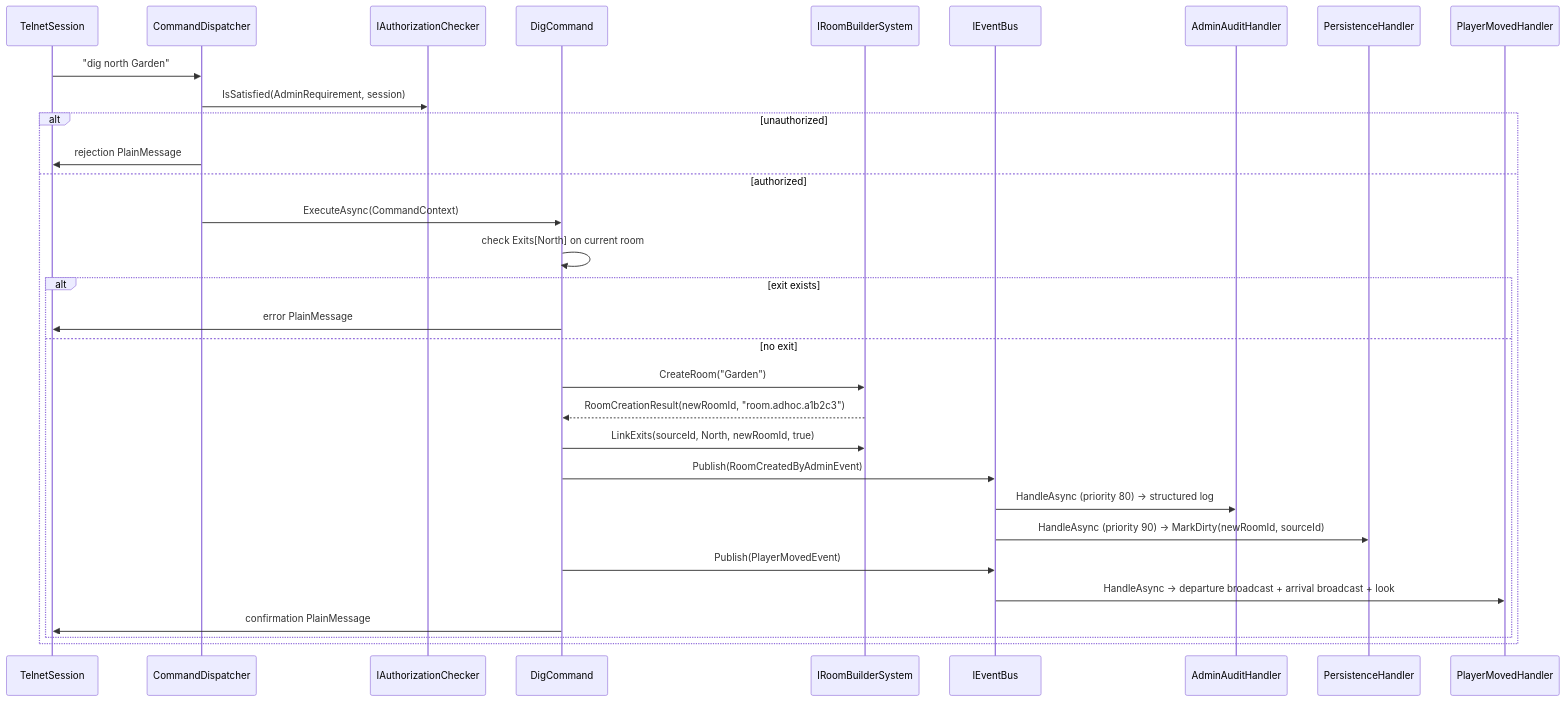
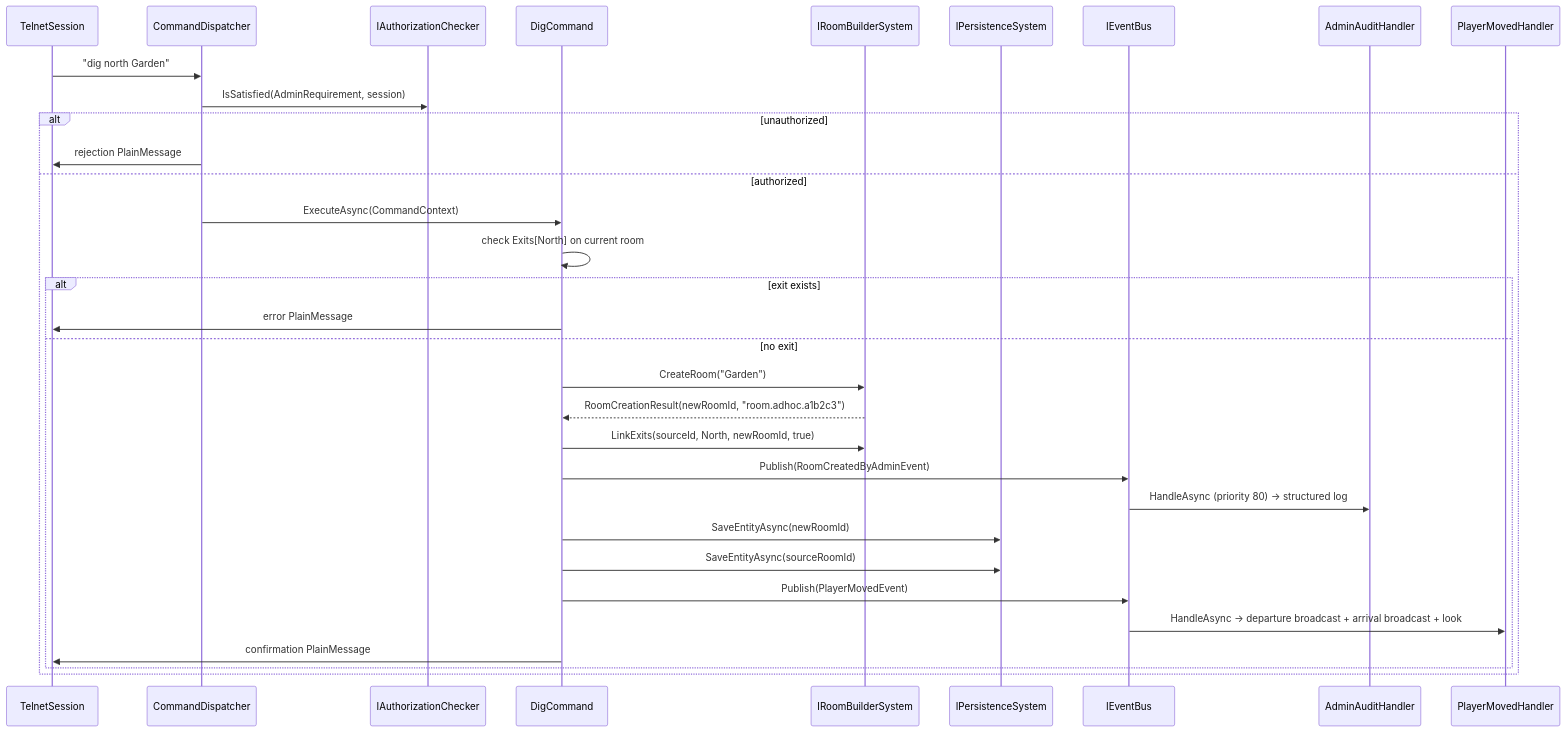
One commit to dmbyer/Hedron changed the eighth of 8 diagrams in docs/architecture/06-flows.md. Above: the diagram before and after it, drawn with Mermaid. The commit also changed other lines of this file and 27 other files, not shown here.

````diff
--- a/docs/architecture/06-flows.md
+++ b/docs/architecture/06-flows.md
@@ -461,34 +470,35 @@
 ```mermaid
 sequenceDiagram
     participant Sess as TelnetSession
     participant CD as CommandDispatcher
     participant Auth as IAuthorizationChecker
     participant Cmd as DigCommand
     participant RBS as IRoomBuilderSystem
+    participant PSys as IPersistenceSystem
     participant Bus as IEventBus
     participant Audit as AdminAuditHandler
-    participant PH as PersistenceHandler
     participant PMH as PlayerMovedHandler
 
     Sess->>CD: "dig north Garden"
     CD->>Auth: IsSatisfied(AdminRequirement, session)
     alt unauthorized
         CD->>Sess: rejection PlainMessage
     else authorized
         CD->>Cmd: ExecuteAsync(CommandContext)
         Cmd->>Cmd: check Exits[North] on current room
         alt exit exists
             Cmd->>Sess: error PlainMessage
         else no exit
             Cmd->>RBS: CreateRoom("Garden")
             RBS-->>Cmd: RoomCreationResult(newRoomId, "room.adhoc.a1b2c3")
             Cmd->>RBS: LinkExits(sourceId, North, newRoomId, true)
             Cmd->>Bus: Publish(RoomCreatedByAdminEvent)
             Bus->>Audit: HandleAsync (priority 80) → structured log
-            Bus->>PH: HandleAsync (priority 90) → MarkDirty(newRoomId, sourceId)
+            Cmd->>PSys: SaveEntityAsync(newRoomId)
+            Cmd->>PSys: SaveEntityAsync(sourceRoomId)
             Cmd->>Bus: Publish(PlayerMovedEvent)
             Bus->>PMH: HandleAsync → departure broadcast + arrival broadcast + look
             Cmd->>Sess: confirmation PlainMessage
         end
     end
 ```
````
